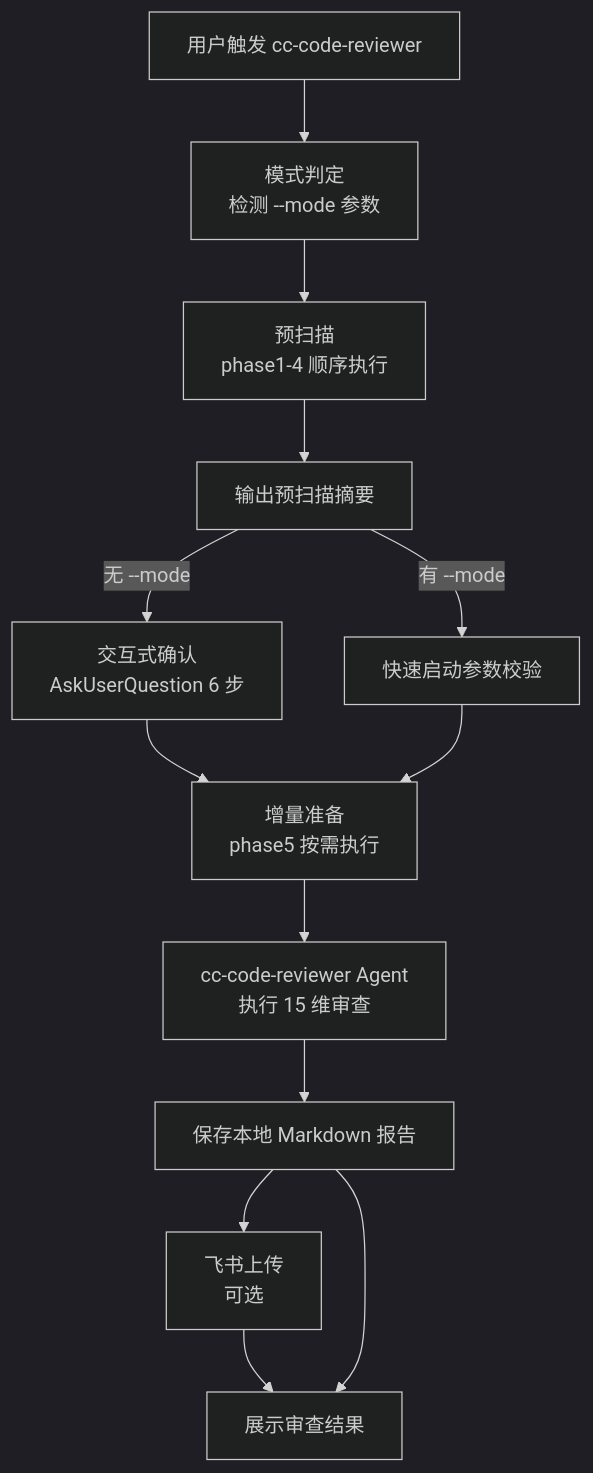
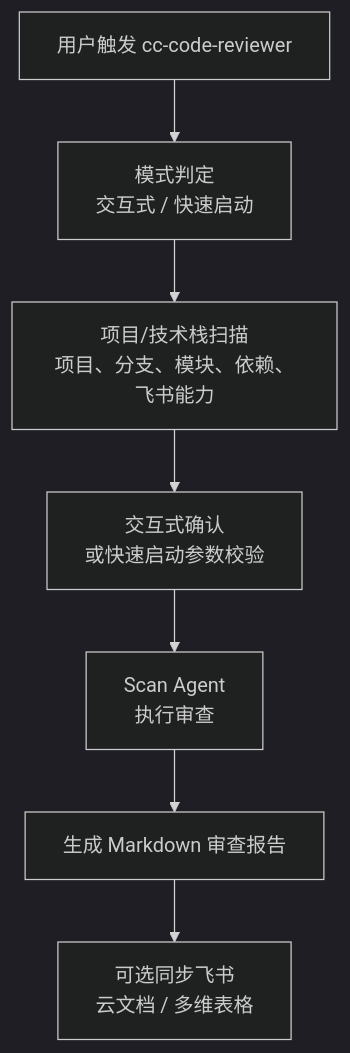
Before and after one commit to ataskite/cc-code-reviewer: the second of 3 diagrams in README.md, drawn with Mermaid (dark theme). The commit also changed other lines of this file and 2 other files, not shown here.

````diff
--- a/README.md
+++ b/README.md
@@ -301,27 +56,17 @@
 ```mermaid
 flowchart TD
     Start["用户触发 cc-code-reviewer"]
-    Mode["模式判定<br/>检测 --mode 参数"]
-    Prescan["预扫描<br/>phase1-4 顺序执行"]
-    Summary["输出预扫描摘要"]
-    Interactive["交互式确认<br/>AskUserQuestion 6 步"]
-    Fast["快速启动参数校验"]
-    Incremental["增量准备<br/>phase5 按需执行"]
-    Agent["cc-code-reviewer Agent<br/>执行 15 维审查"]
-    LocalReport["保存本地 Markdown 报告"]
-    Upload["飞书上传<br/>可选"]
-    Done["展示审查结果"]
+    Mode["模式判定<br/>交互式 / 快速启动"]
+    Prescan["项目/技术栈扫描<br/>项目、分支、模块、依赖、飞书能力"]
+    Confirm["交互式确认<br/>或快速启动参数校验"]
+    Agent["Scan Agent<br/>执行审查"]
+    Report["生成 Markdown 审查报告"]
+    Upload["可选同步飞书<br/>云文档 / 多维表格"]
 
     Start --> Mode
     Mode --> Prescan
-    Prescan --> Summary
-    Summary -->|"无 --mode"| Interactive
-    Summary -->|"有 --mode"| Fast
-    Interactive --> Incremental
-    Fast --> Incremental
-    Incremental --> Agent
-    Agent --> LocalReport
-    LocalReport --> Upload
-    Upload --> Done
-    LocalReport --> Done
+    Prescan --> Confirm
+    Confirm --> Agent
+    Agent --> Report
+    Report --> Upload
 ```
````
